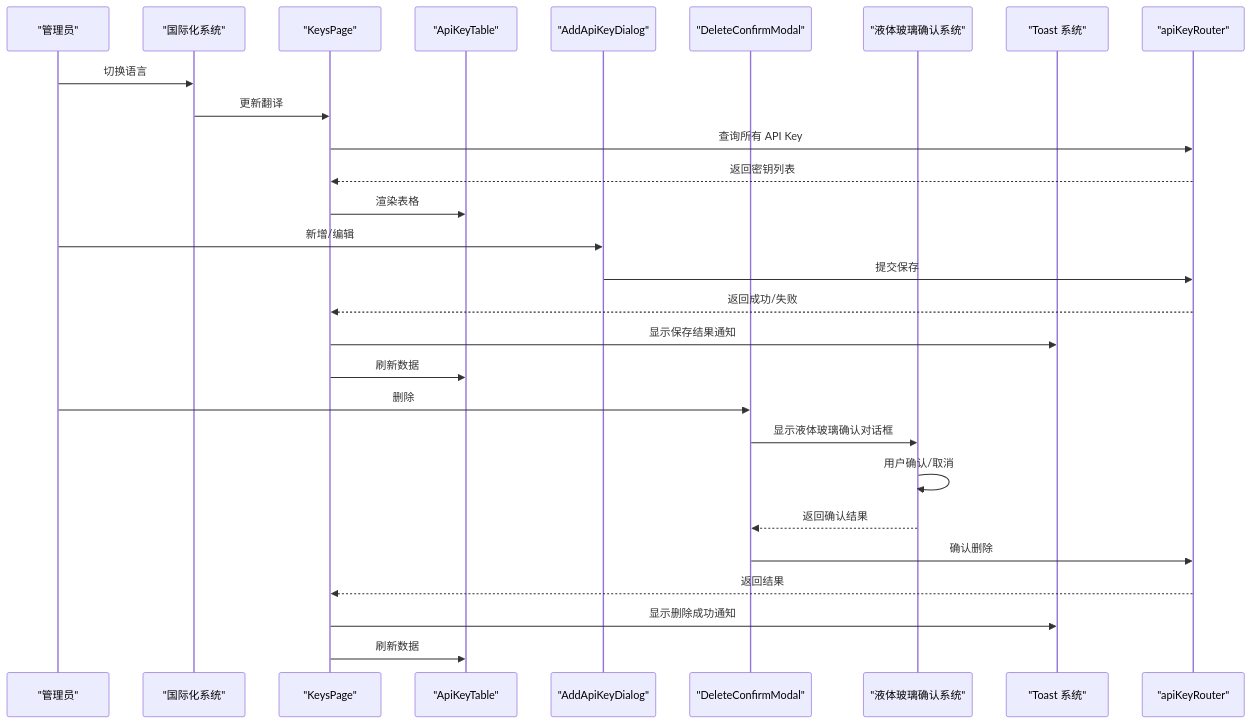
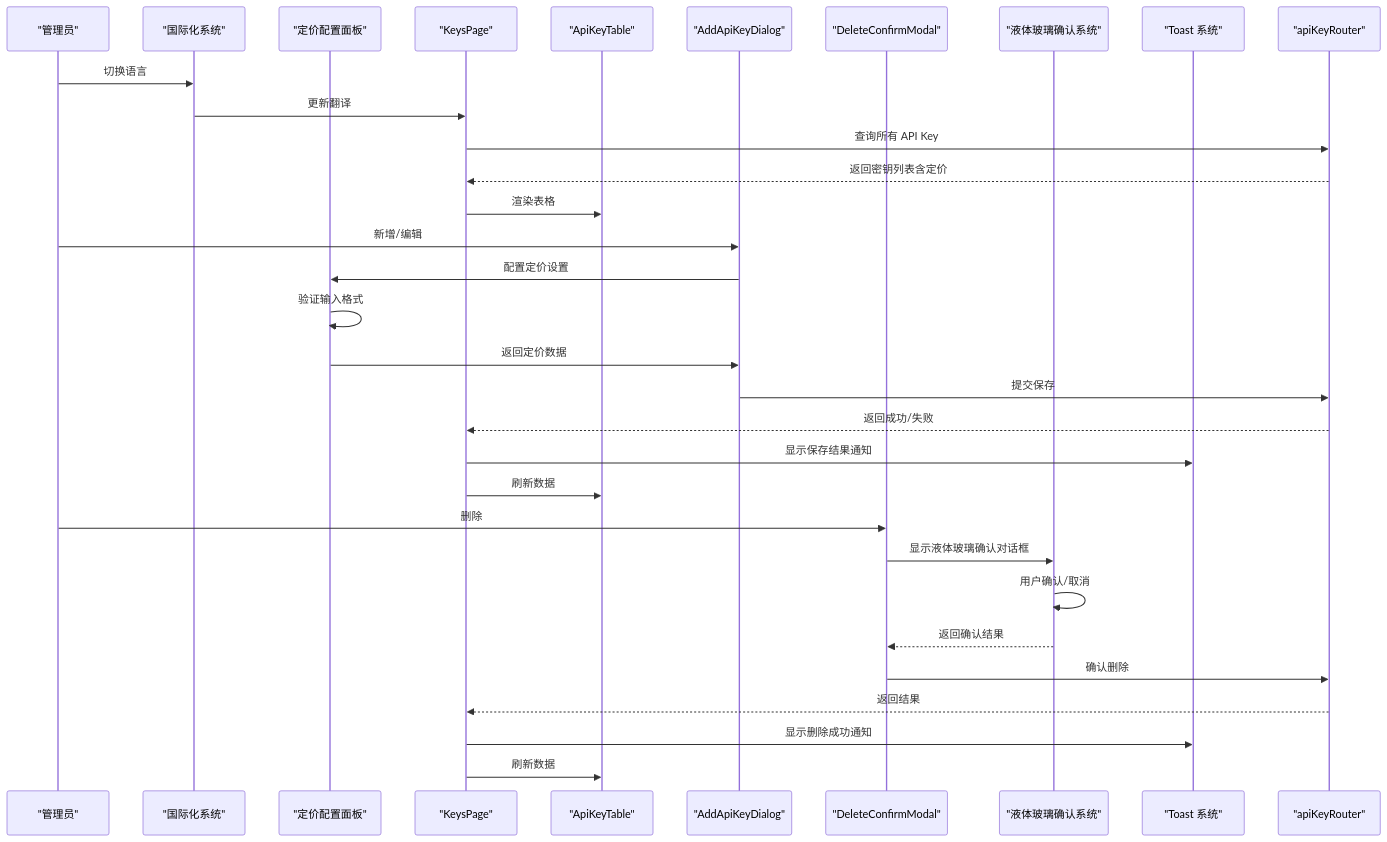
The fourth of 10 diagrams in .qoder/repowiki/zh/content/核心功能/API Key 管理.md (RadiumAg/AIGate), drawn with Mermaid before and after one commit. The commit also changed other lines of this file and 7 other files, not shown here.

````diff
--- a/.qoder/repowiki/zh/content/核心功能/API Key 管理.md
+++ b/.qoder/repowiki/zh/content/核心功能/API Key 管理.md
@@ -225,30 +246,34 @@
 ```mermaid
 sequenceDiagram
 participant Admin as "管理员"
 participant I18n as "国际化系统"
+participant Pricing as "定价配置面板"
 participant Page as "KeysPage"
 participant Table as "ApiKeyTable"
 participant Dialog as "AddApiKeyDialog"
 participant Modal as "DeleteConfirmModal"
 participant Confirm as "液体玻璃确认系统"
 participant Toast as "Toast 系统"
 participant API as "apiKeyRouter"
 Admin->>I18n : 切换语言
 I18n->>Page : 更新翻译
 Page->>API : 查询所有 API Key
-API-->>Page : 返回密钥列表
+API-->>Page : 返回密钥列表含定价
 Page->>Table : 渲染表格
 Admin->>Dialog : 新增/编辑
+Dialog->>Pricing : 配置定价设置
+Pricing->>Pricing : 验证输入格式
+Pricing->>Dialog : 返回定价数据
 Dialog->>API : 提交保存
 API-->>Page : 返回成功/失败
 Page->>Toast : 显示保存结果通知
 Page->>Table : 刷新数据
 Admin->>Modal : 删除
 Modal->>Confirm : 显示液体玻璃确认对话框
 Confirm->>Confirm : 用户确认/取消
 Confirm-->>Modal : 返回确认结果
 Modal->>API : 确认删除
 API-->>Page : 返回结果
 Page->>Toast : 显示删除成功通知
 Page->>Table : 刷新数据
 ```
````
